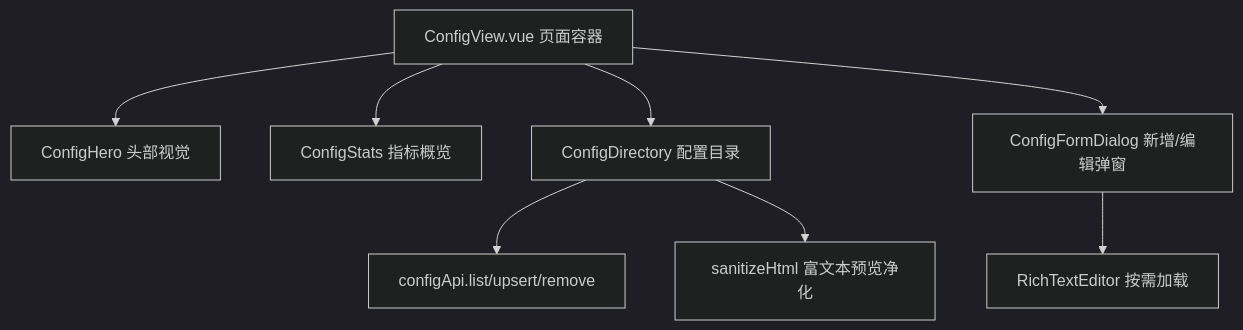
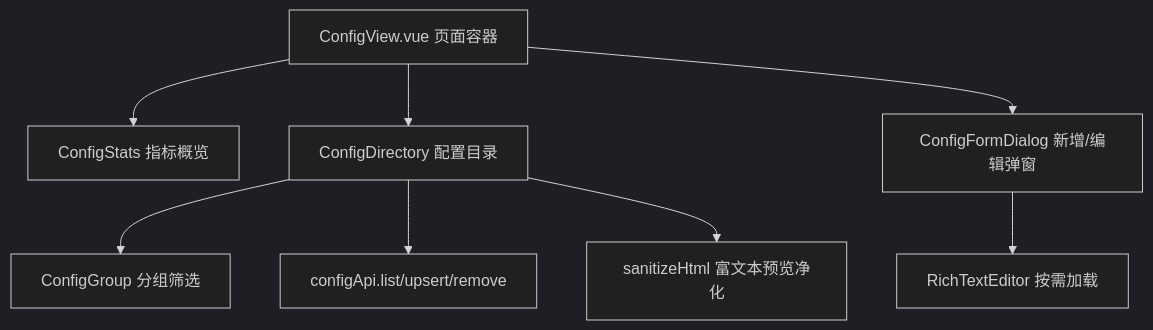
The third of 3 diagrams in docs/config-center.md (yiting001/E-sports-01), drawn with Mermaid (dark theme) before and after one commit. The commit also changed other lines of this file and 91 other files, not shown here.

````diff
--- a/docs/config-center.md
+++ b/docs/config-center.md
@@ -165,10 +166,10 @@
 ```mermaid
 flowchart TD
-  Page["ConfigView.vue 页面容器"] --> Hero["ConfigHero 头部视觉"]
-  Page --> Stats["ConfigStats 指标概览"]
+  Page["ConfigView.vue 页面容器"] --> Stats["ConfigStats 指标概览"]
   Page --> Directory["ConfigDirectory 配置目录"]
   Page --> FormDialog["ConfigFormDialog 新增/编辑弹窗"]
+  Directory --> GroupFilter["ConfigGroup 分组筛选"]
   Directory --> ConfigApi["configApi.list/upsert/remove"]
   FormDialog --> RichText["RichTextEditor 按需加载"]
   Directory --> Sanitize["sanitizeHtml 富文本预览净化"]
 ```
````
